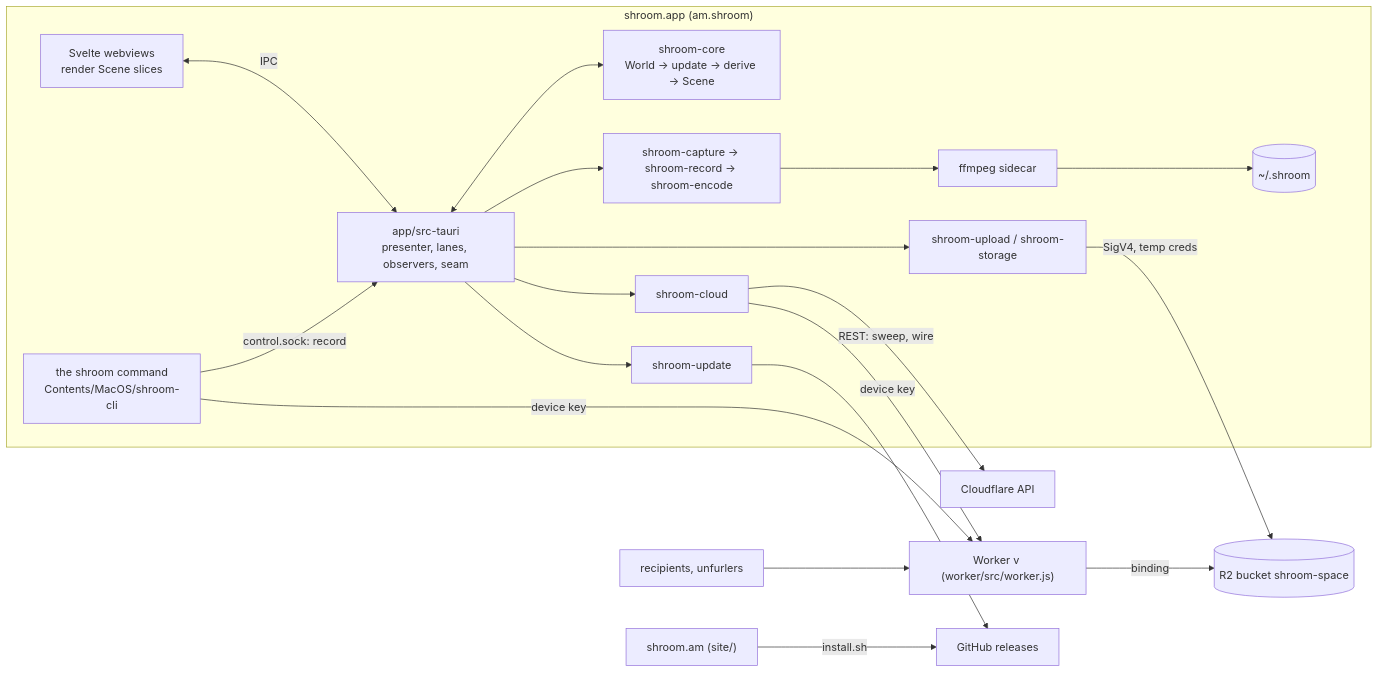
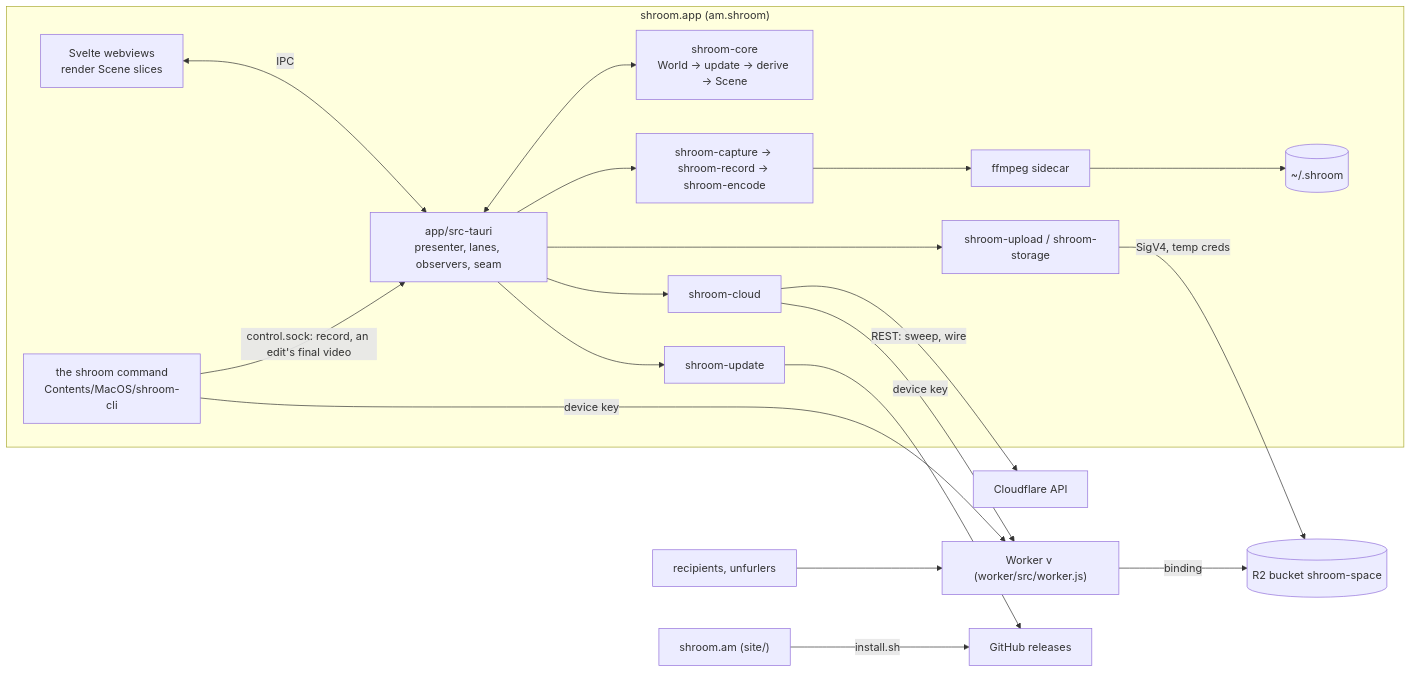
The diagram in docs/ARCHITECTURE.md (bagrat/shroom), drawn with Mermaid before and after one commit. The commit also changed other lines of this file and 25 other files, not shown here.

Commit message:
shroom edit: the command trims and cuts a video, and the app makes its final video (N72) (#78)

````diff
--- a/docs/ARCHITECTURE.md
+++ b/docs/ARCHITECTURE.md
@@ -30,20 +30,20 @@
 ```mermaid
 flowchart LR
   subgraph Mac["shroom.app (am.shroom)"]
     UI["Svelte webviews<br/>render Scene slices"] <-->|IPC| Shell["app/src-tauri<br/>presenter, lanes, observers, seam"]
     Shell <--> Core["shroom-core<br/>World → update → derive → Scene"]
     Shell --> Rec["shroom-capture → shroom-record → shroom-encode"] --> FF["ffmpeg sidecar"] --> Disk[("~/.shroom")]
     Shell --> Up["shroom-upload / shroom-storage"]
     Shell --> Cl["shroom-cloud"]
     Shell --> Upd["shroom-update"]
-    CLI["the shroom command<br/>Contents/MacOS/shroom-cli"] -->|control.sock: record| Shell
+    CLI["the shroom command<br/>Contents/MacOS/shroom-cli"] -->|control.sock: record, an edit's final video| Shell
   end
   CLI -->|device key| W
   Up -->|SigV4, temp creds| B[("R2 bucket shroom-space")]
   Cl -->|REST: sweep, wire| API["Cloudflare API"]
   Cl -->|device key| W["Worker v (worker/src/worker.js)"]
   W -->|binding| B
   R["recipients, unfurlers"] --> W
   Site["shroom.am (site/)"] -->|install.sh| GH["GitHub releases"]
   Upd --> GH
 ```
````
